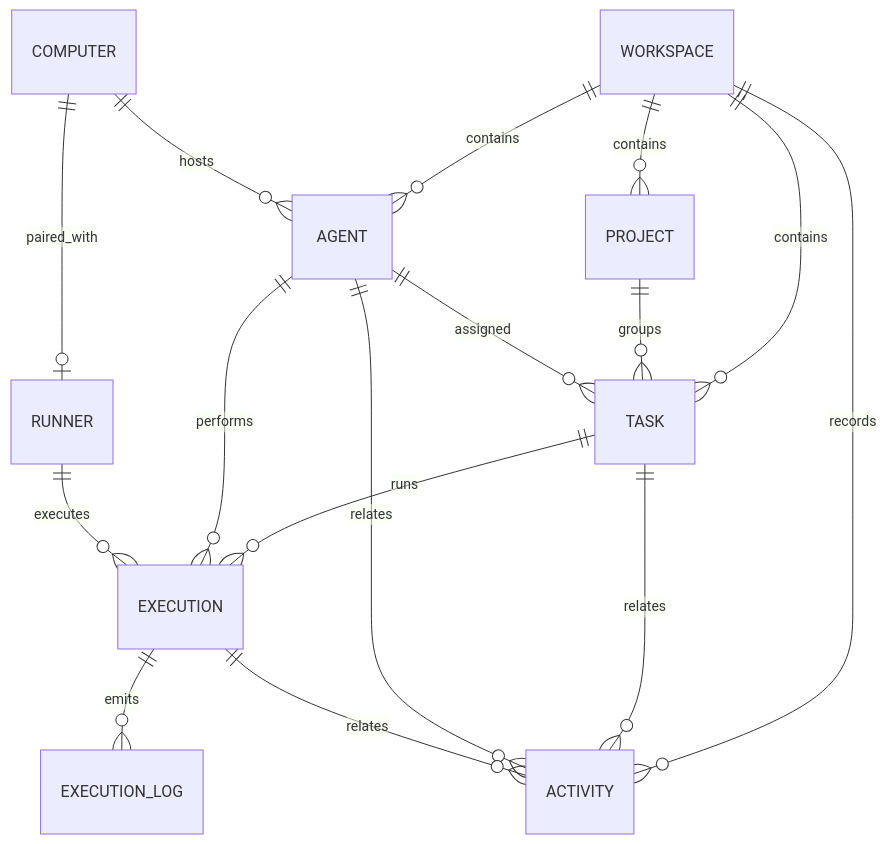
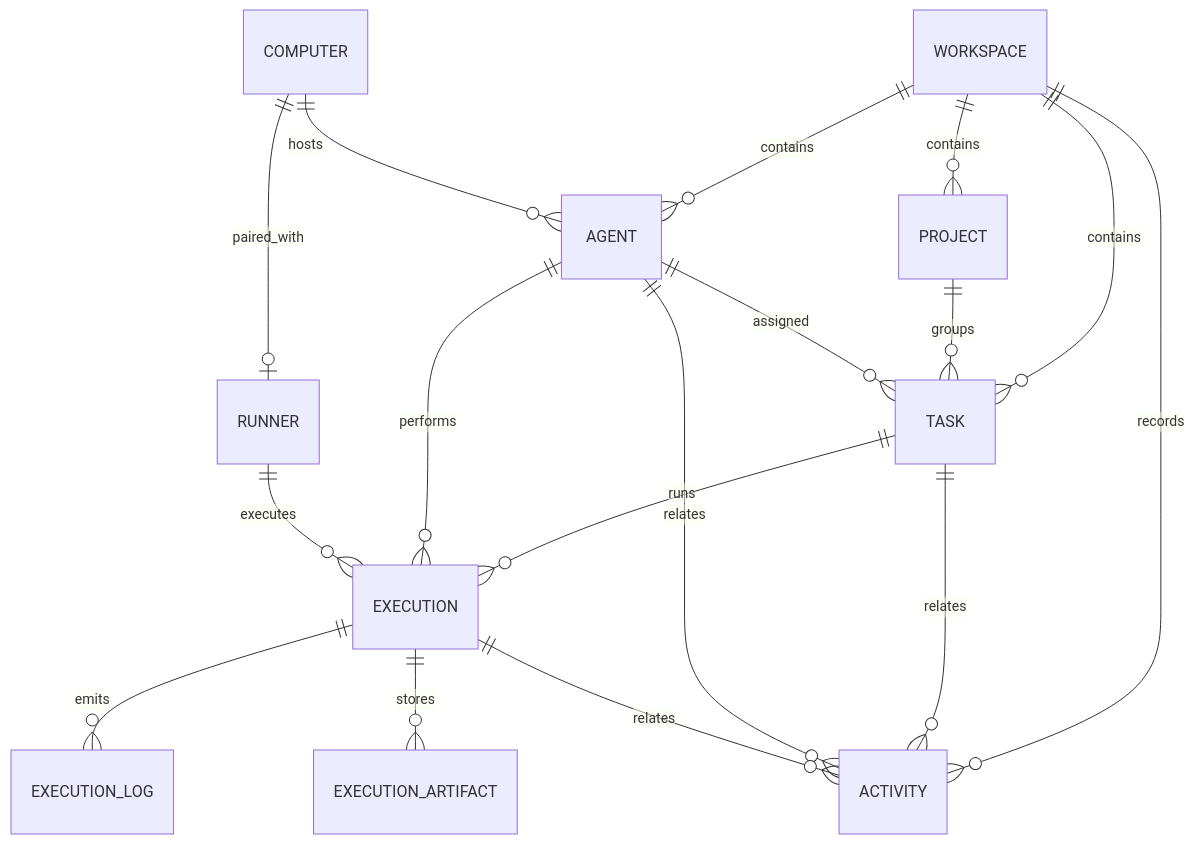
The diagram in docs/data-model.md (cloudyBird233/Haft), drawn with Mermaid before and after one commit. The commit also changed other lines of this file and 17 other files, not shown here.

````diff
--- a/docs/data-model.md
+++ b/docs/data-model.md
@@ -10,18 +10,19 @@
 ```mermaid
 erDiagram
     WORKSPACE ||--o{ PROJECT : contains
     WORKSPACE ||--o{ AGENT : contains
     WORKSPACE ||--o{ TASK : contains
     WORKSPACE ||--o{ ACTIVITY : records
     COMPUTER ||--o{ AGENT : hosts
     COMPUTER ||--o| RUNNER : paired_with
     PROJECT ||--o{ TASK : groups
     AGENT ||--o{ TASK : assigned
     TASK ||--o{ EXECUTION : runs
     AGENT ||--o{ EXECUTION : performs
     RUNNER ||--o{ EXECUTION : executes
     EXECUTION ||--o{ EXECUTION_LOG : emits
+    EXECUTION ||--o{ EXECUTION_ARTIFACT : stores
     TASK ||--o{ ACTIVITY : relates
     AGENT ||--o{ ACTIVITY : relates
     EXECUTION ||--o{ ACTIVITY : relates
 ```
````
